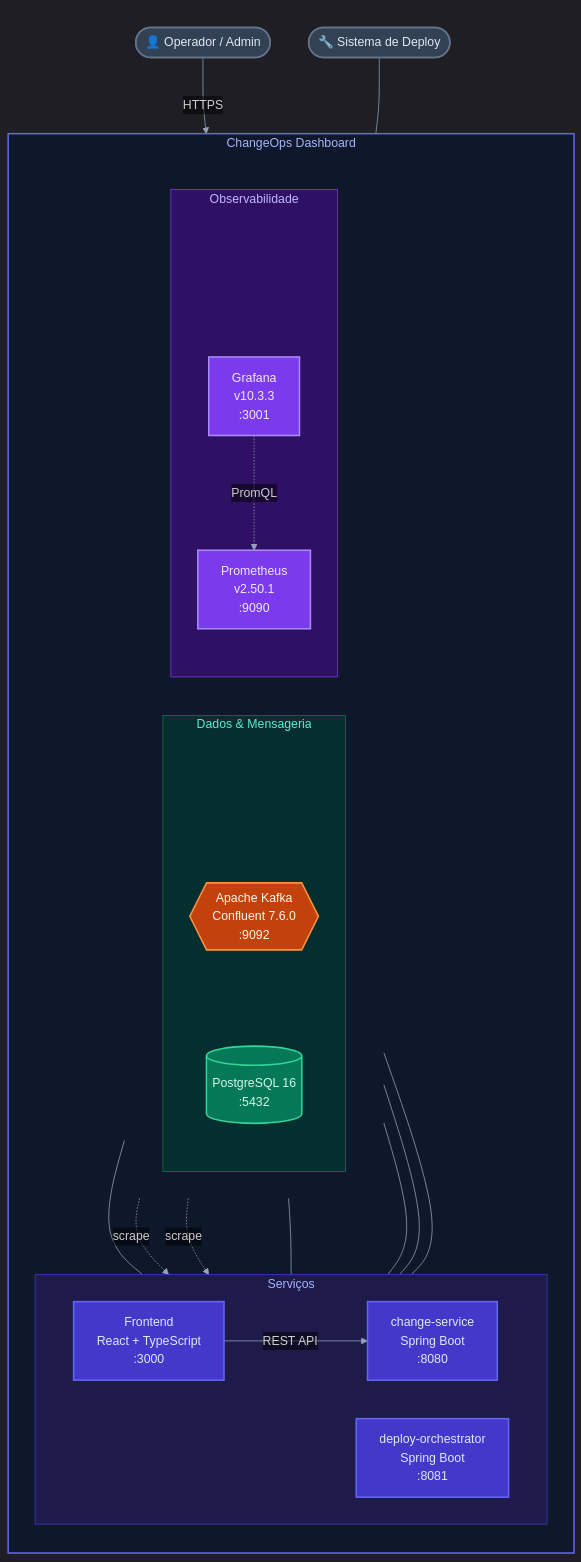
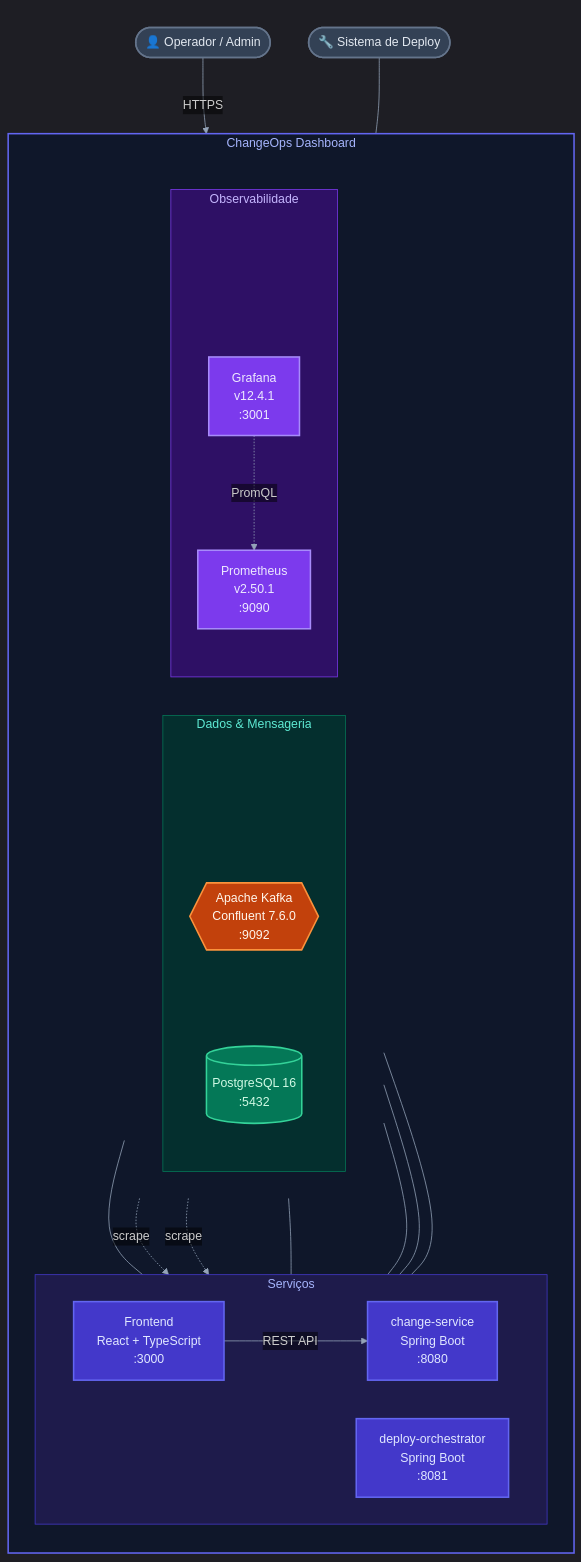
One commit to claudecirmiranda/changeops changed the first of 10 diagrams in docs/PROJETO_COMPLETO.md. Above: the diagram before and after it, drawn with Mermaid. The commit also changed other lines of this file and 13 other files, not shown here.

````diff
--- a/docs/PROJETO_COMPLETO.md
+++ b/docs/PROJETO_COMPLETO.md
@@ -25,77 +25,77 @@
 ```mermaid
 %%{init: {'theme':'dark', 'themeVariables':{'fontSize':'16px','lineColor':'#94A3B8','edgeLabelBackground':'transparent'}}}%%
 flowchart TD
     subgraph ext[" "]
         user(["👤 Operador / Admin"])
         deploy_system(["🔧 Sistema de Deploy"])
     end
 
     subgraph boundary["ChangeOps Dashboard"]
         direction TB
 
         subgraph services["Serviços"]
             direction LR
             frontend["Frontend<br/>React + TypeScript<br/>:3000"]
             change_service["change-service<br/>Spring Boot<br/>:8080"]
             deploy_orchestrator["deploy-orchestrator<br/>Spring Boot<br/>:8081"]
         end
 
         subgraph infra[" "]
             direction LR
 
             subgraph data["Dados & Mensageria"]
                 direction TB
                 data_pad[ ]:::hidden
                 data_pad ~~~ kafka
                 kafka{{"Apache Kafka<br/>Confluent 7.6.0<br/>:9092"}}
                 postgres[("PostgreSQL 16<br/>:5432")]
                 kafka ~~~ postgres
             end
 
             subgraph obs["Observabilidade"]
                 direction TB
                 obs_pad[ ]:::hidden
                 obs_pad ~~~ grafana
-                grafana["Grafana<br/>v10.3.3<br/>:3001"]
+                grafana["Grafana<br/>v12.4.1<br/>:3001"]
                 prometheus["Prometheus<br/>v2.50.1<br/>:9090"]
             end
         end
     end
 
     user -->|HTTPS| frontend
     frontend -->|REST API| change_service
     deploy_system --- kafka
 
     change_service --- postgres
     change_service --- kafka
 
     kafka --- deploy_orchestrator
     deploy_orchestrator --- postgres
     deploy_orchestrator --- kafka
 
     prometheus -.->|scrape| change_service
     prometheus -.->|scrape| deploy_orchestrator
     grafana -.->|PromQL| prometheus
 
     classDef person fill:#334155,stroke:#64748B,color:#E2E8F0,stroke-width:2px
     classDef svc fill:#4338CA,stroke:#6366F1,color:#E0E7FF,stroke-width:2px
     classDef db fill:#047857,stroke:#34D399,color:#D1FAE5,stroke-width:2px
     classDef broker fill:#C2410C,stroke:#FB923C,color:#FFF7ED,stroke-width:2px
     classDef monitoring fill:#7C3AED,stroke:#A78BFA,color:#EDE9FE,stroke-width:2px
     classDef extSys fill:#334155,stroke:#64748B,color:#E2E8F0,stroke-width:2px
     classDef hidden fill:transparent,stroke:none,color:transparent,stroke-width:0px
 
     class user person
     class frontend,change_service,deploy_orchestrator svc
     class postgres db
     class kafka broker
     class prometheus,grafana monitoring
     class deploy_system extSys
 
     style ext fill:none,stroke:none
     style infra fill:none,stroke:none
     style boundary fill:#0F172A,stroke:#6366F1,stroke-width:2px,color:#A5B4FC
     style services fill:#1E1B4B,stroke:#4338CA,stroke-width:1px,color:#A5B4FC
     style data fill:#042F2E,stroke:#047857,stroke-width:1px,color:#5EEAD4
     style obs fill:#2E1065,stroke:#7C3AED,stroke-width:1px,color:#C4B5FD
 ```
````
